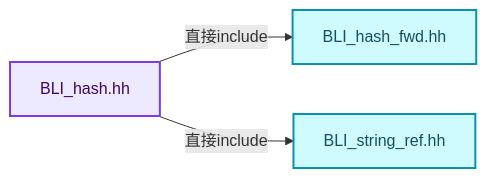
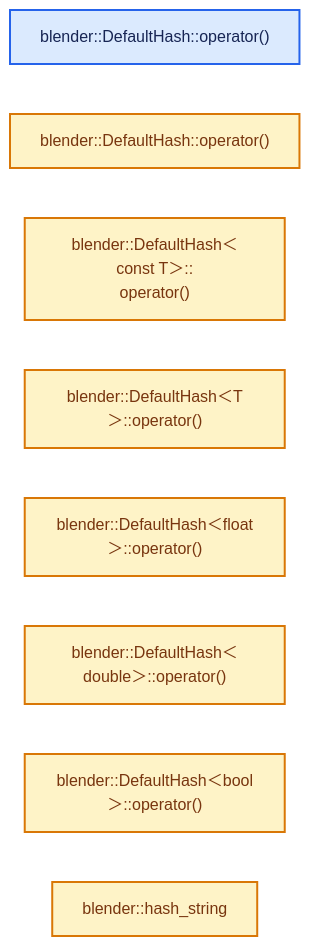
One commit to yunkezengren/blender-.vscode changed the second of 4 diagrams in 杂/markdown/全面学习-codex/02-哈希表与关联数据结构/01-哈希与相等契约.md. Above: the diagram before and after it, drawn with Mermaid. The commit also changed other lines of this file and 1930 other files, not shown here.

````diff
--- a/杂/markdown/全面学习-codex/02-哈希表与关联数据结构/01-哈希与相等契约.md
+++ b/杂/markdown/全面学习-codex/02-哈希表与关联数据结构/01-哈希与相等契约.md
@@ -83,14 +46,17 @@
 ```mermaid
 flowchart LR
-  S["BLI_hash.hh"]:::abstraction
-  I0["BLI_hash_fwd.hh"]:::data
-  I1["BLI_string_ref.hh"]:::data
-  S -->|"直接include"| I0
-  S -->|"直接include"| I1
+  F0["blender::DefaultHash::operator()"]:::input
+  F1["blender::DefaultHash::operator()"]:::compute
+  F2["blender::DefaultHash＜const T＞::<br/>operator()"]:::compute
+  F3["blender::DefaultHash＜T＞::operator()"]:::compute
+  F4["blender::DefaultHash＜float＞::operator()"]:::compute
+  F5["blender::DefaultHash＜double＞::operator()"]:::compute
+  F6["blender::DefaultHash＜bool＞::operator()"]:::compute
+  F7["blender::hash_string"]:::compute
   classDef input fill:#DBEAFE,stroke:#2563EB,color:#172554,stroke-width:2px;
   classDef data fill:#CFFAFE,stroke:#0891B2,color:#164E63,stroke-width:2px;
   classDef abstraction fill:#EDE9FE,stroke:#7C3AED,color:#3B0764,stroke-width:2px;
   classDef compute fill:#FEF3C7,stroke:#D97706,color:#78350F,stroke-width:2px;
   classDef result fill:#DCFCE7,stroke:#16A34A,color:#14532D,stroke-width:2px;
   classDef error fill:#FEE2E2,stroke:#DC2626,color:#7F1D1D,stroke-width:2px;
 ```
````
